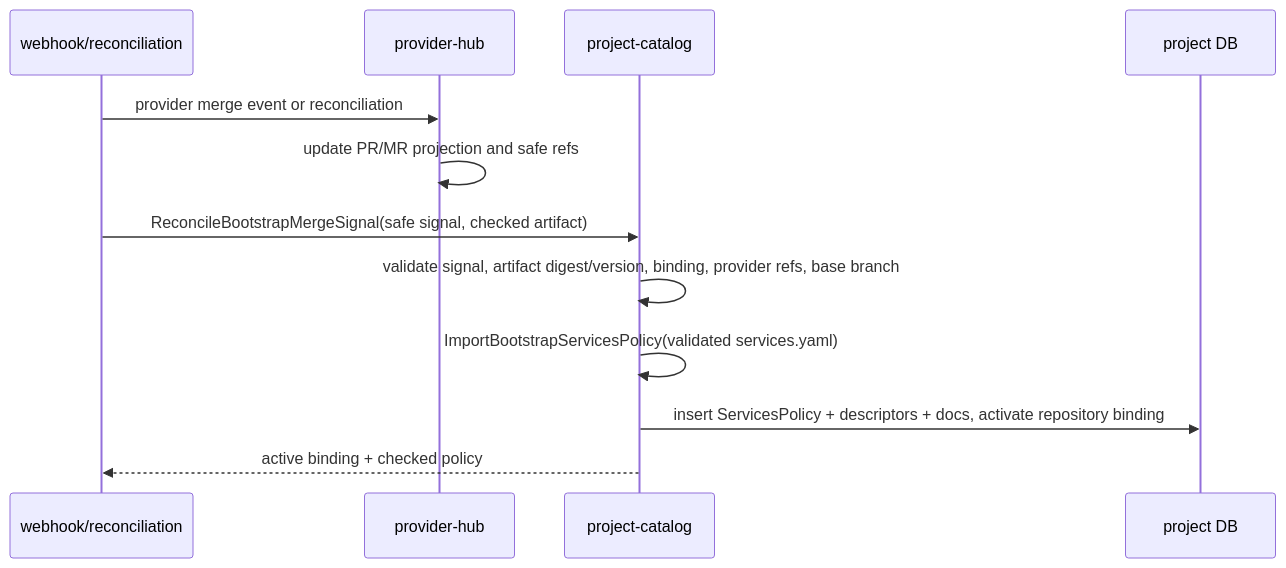
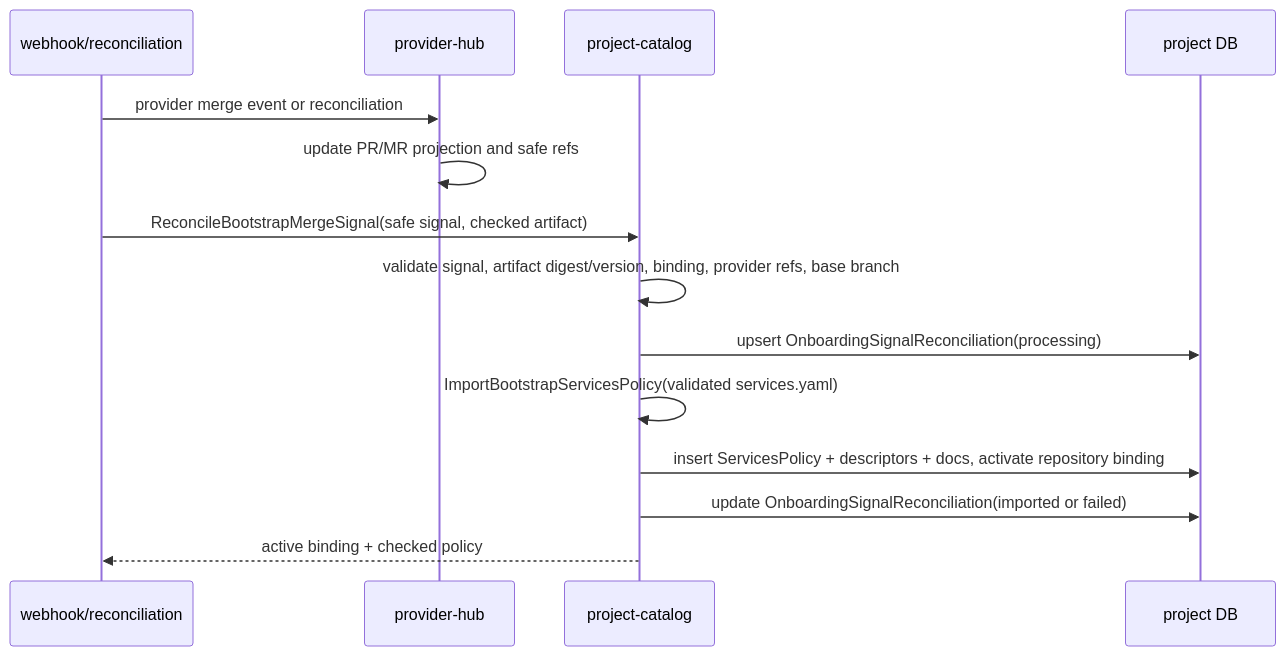
The fifth of 6 diagrams in docs/domains/projects-and-repositories/architecture/design.md (codex-k8s/kodex), drawn with Mermaid before and after one commit. The commit also changed other lines of this file and 19 other files, not shown here.

Commit message:
Add project onboarding signal reconciliation journal

````diff
--- a/docs/domains/projects-and-repositories/architecture/design.md
+++ b/docs/domains/projects-and-repositories/architecture/design.md
@@ -152,14 +152,16 @@
 ```mermaid
 sequenceDiagram
   participant W as webhook/reconciliation
   participant H as provider-hub
   participant P as project-catalog
   participant DB as project DB
   W->>H: provider merge event or reconciliation
   H->>H: update PR/MR projection and safe refs
   W->>P: ReconcileBootstrapMergeSignal(safe signal, checked artifact)
   P->>P: validate signal, artifact digest/version, binding, provider refs, base branch
+  P->>DB: upsert OnboardingSignalReconciliation(processing)
   P->>P: ImportBootstrapServicesPolicy(validated services.yaml)
   P->>DB: insert ServicesPolicy + descriptors + docs, activate repository binding
+  P->>DB: update OnboardingSignalReconciliation(imported or failed)
   P-->>W: active binding + checked policy
 ```
````
